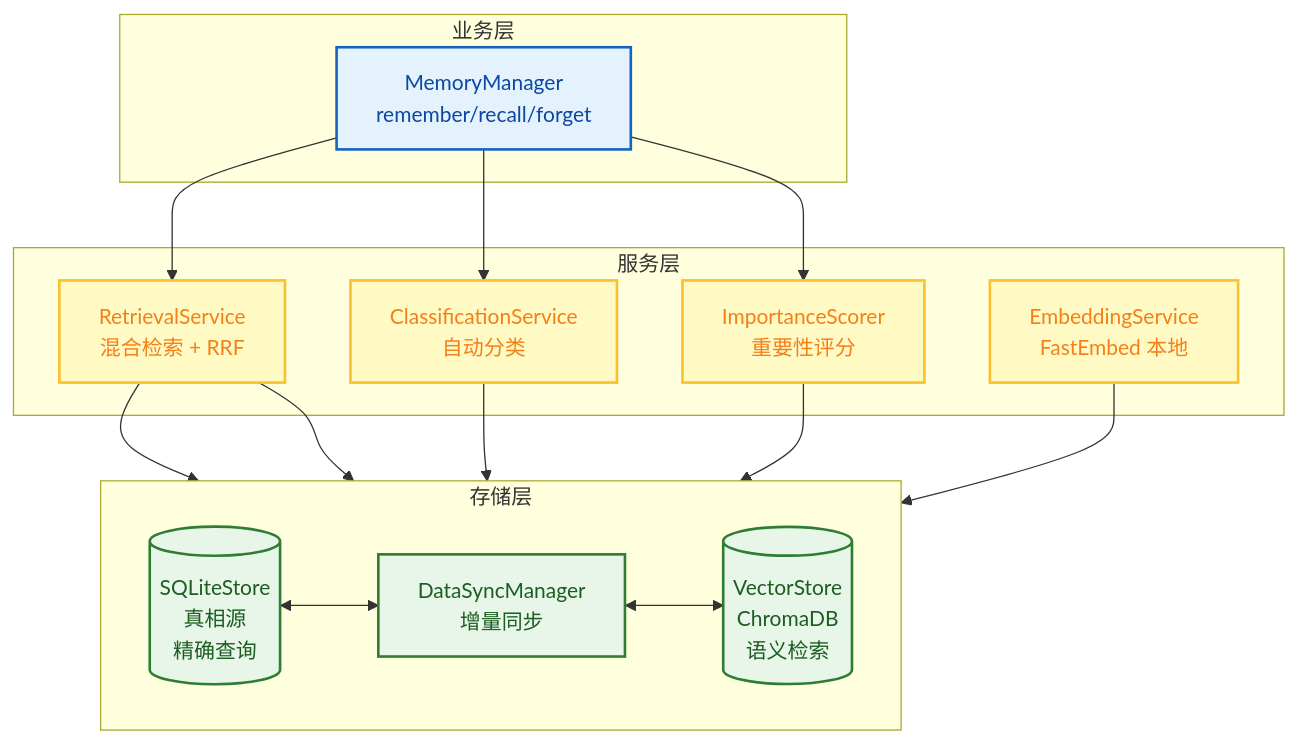
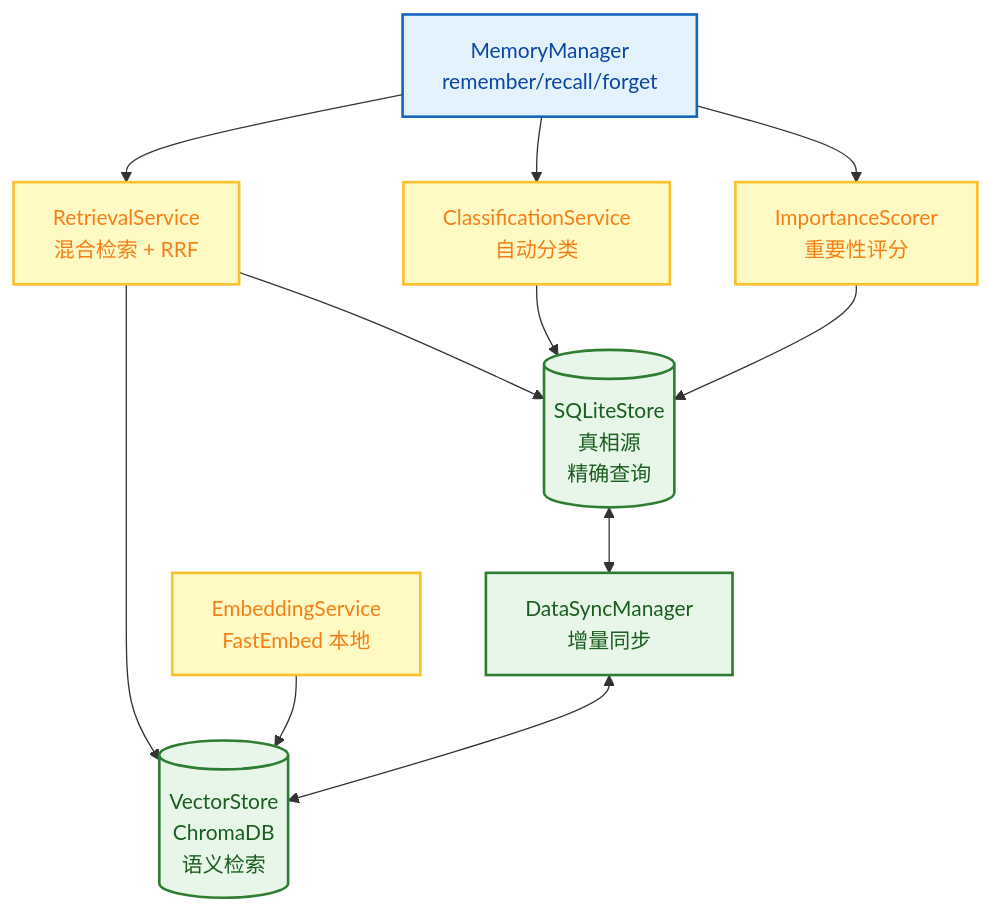
The fourth of 8 diagrams in docs/zh-CN/blog/finchbot-flexible-ai-agent-framework.md (xt765/FinchBot), drawn with Mermaid before and after one commit. The commit also changed other lines of this file, not shown here.

````diff
--- a/docs/zh-CN/blog/finchbot-flexible-ai-agent-framework.md
+++ b/docs/zh-CN/blog/finchbot-flexible-ai-agent-framework.md
@@ -305,35 +309,25 @@
 ```mermaid
 flowchart TB
     classDef businessLayer fill:#e3f2fd,stroke:#1565c0,stroke-width:2px,color:#0d47a1;
     classDef serviceLayer fill:#fff9c4,stroke:#fbc02d,stroke-width:2px,color:#f57f17;
     classDef storageLayer fill:#e8f5e9,stroke:#2e7d32,stroke-width:2px,color:#1b5e20;
 
-    subgraph Business [业务层]
-        MM[MemoryManager<br/>remember/recall/forget]
-    end
-    class MM businessLayer
+    MM[MemoryManager<br/>remember/recall/forget]:::businessLayer
 
-    subgraph Services [服务层]
-        RS[RetrievalService<br/>混合检索 + RRF]
-        CS[ClassificationService<br/>自动分类]
-        IS[ImportanceScorer<br/>重要性评分]
-        ES[EmbeddingService<br/>FastEmbed 本地]
-    end
-    class RS,CS,IS,ES serviceLayer
+    RS[RetrievalService<br/>混合检索 + RRF]:::serviceLayer
+    CS[ClassificationService<br/>自动分类]:::serviceLayer
+    IS[ImportanceScorer<br/>重要性评分]:::serviceLayer
+    ES[EmbeddingService<br/>FastEmbed 本地]:::serviceLayer
 
-    subgraph Storage [存储层]
-        direction LR
-        SQLite[(SQLiteStore<br/>真相源<br/>精确查询)]
-        Vector[(VectorStore<br/>ChromaDB<br/>语义检索)]
-        DS[DataSyncManager<br/>增量同步]
-    end
-    class SQLite,Vector,DS storageLayer
+    SQLite[(SQLiteStore<br/>真相源<br/>精确查询)]:::storageLayer
+    Vector[(VectorStore<br/>ChromaDB<br/>语义检索)]:::storageLayer
+    DS[DataSyncManager<br/>增量同步]:::storageLayer
 
     MM --> RS & CS & IS
     RS --> SQLite & Vector
     CS --> SQLite
     IS --> SQLite
     ES --> Vector
 
     SQLite <--> DS <--> Vector
 ```
````
